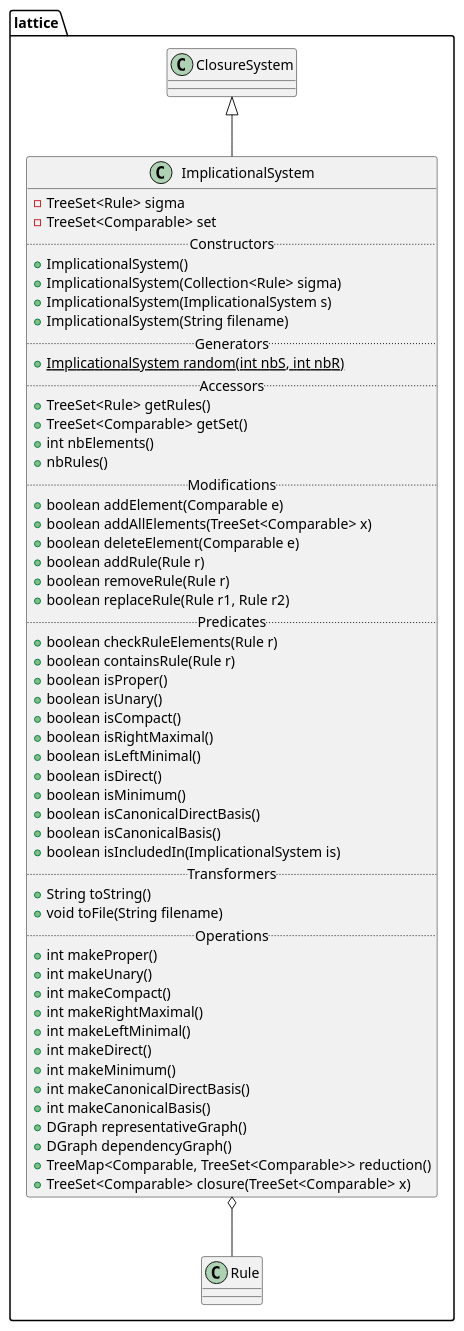
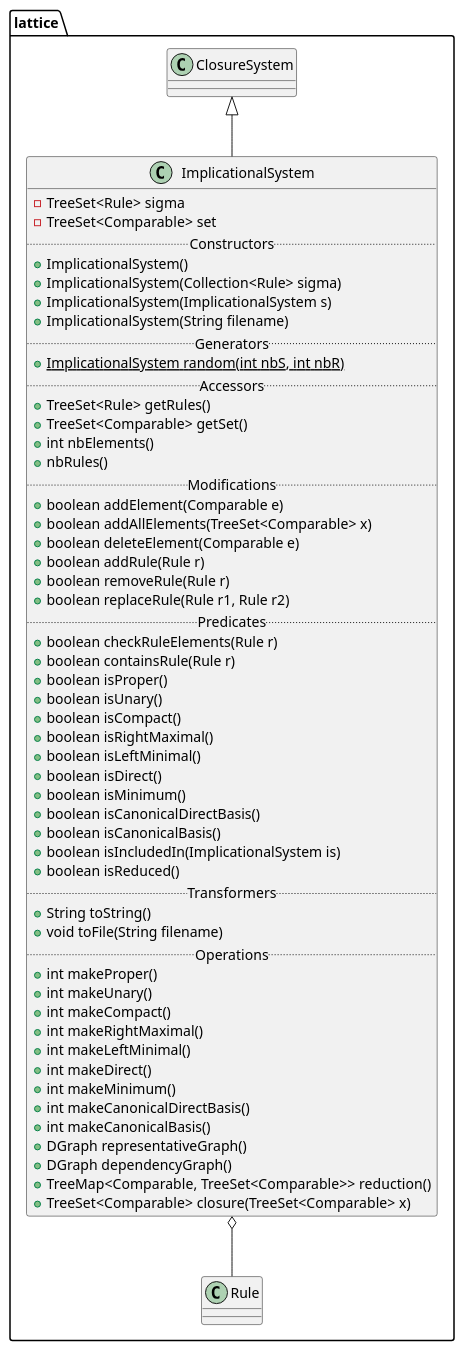
One commit to thegalactic/java-lattices changed the diagram in src/lattice/ImplicationalSystem.iuml. Above: the diagram before and after it, drawn with PlantUML. The commit also changed 1 other file, not shown here.

```diff
--- a/src/lattice/ImplicationalSystem.iuml
+++ b/src/lattice/ImplicationalSystem.iuml
@@ -1,59 +1,60 @@
 package lattice {
     class ImplicationalSystem {
         -TreeSet<Rule> sigma
         -TreeSet<Comparable> set
         .. Constructors ..
         +ImplicationalSystem()
         +ImplicationalSystem(Collection<Rule> sigma)
         +ImplicationalSystem(ImplicationalSystem s)
         +ImplicationalSystem(String filename)
         .. Generators ..
         {static}+ImplicationalSystem random(int nbS, int nbR)
         .. Accessors ..
         +TreeSet<Rule> getRules()
         +TreeSet<Comparable> getSet()
         +int nbElements()
         +nbRules()
         .. Modifications ..
         +boolean addElement(Comparable e)
         +boolean addAllElements(TreeSet<Comparable> x)
         +boolean deleteElement(Comparable e)
         +boolean addRule(Rule r)
         +boolean removeRule(Rule r)
         +boolean replaceRule(Rule r1, Rule r2)
         .. Predicates ..
         +boolean checkRuleElements(Rule r)
         +boolean containsRule(Rule r)
         +boolean isProper()
         +boolean isUnary()
         +boolean isCompact()
         +boolean isRightMaximal()
         +boolean isLeftMinimal()
         +boolean isDirect()
         +boolean isMinimum()
         +boolean isCanonicalDirectBasis()
         +boolean isCanonicalBasis()
         +boolean isIncludedIn(ImplicationalSystem is)
+        +boolean isReduced()
         .. Transformers ..
         +String toString()
         +void toFile(String filename)
         .. Operations ..
         +int makeProper()
         +int makeUnary()
         +int makeCompact()
         +int makeRightMaximal()
         +int makeLeftMinimal()
         +int makeDirect()
         +int makeMinimum()
         +int makeCanonicalDirectBasis()
         +int makeCanonicalBasis()
         +DGraph representativeGraph()
         +DGraph dependencyGraph()
         +TreeMap<Comparable, TreeSet<Comparable>> reduction()
         +TreeSet<Comparable> closure(TreeSet<Comparable> x)
     }
 
 
     ClosureSystem <|-- ImplicationalSystem
     ImplicationalSystem o-- Rule
 }
```
